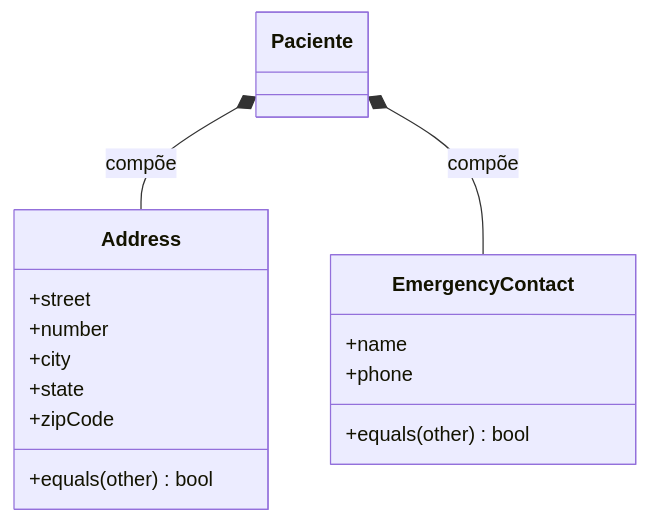
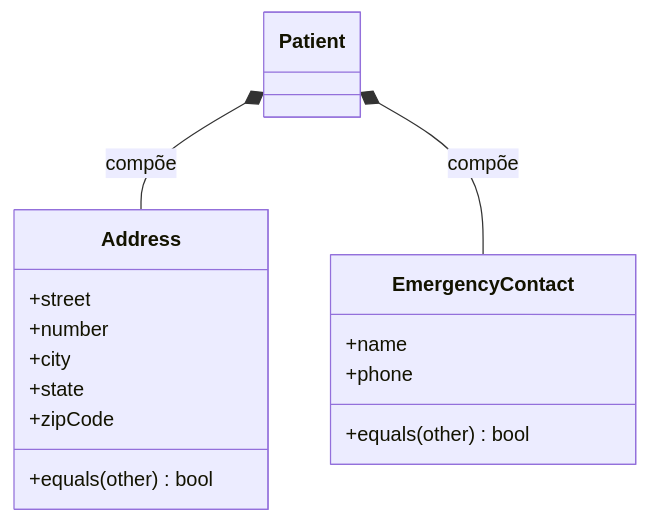
One commit to burn-c/arquitetura-de-software-fase-2 changed the second of 2 diagrams in docs/Estratégia e Inovação/Arquitetura de Software/4 - Entidades e Objetos de Valor/6 - Implementando Objetos de Valor - Parte 1.md. Above: the diagram before and after it, drawn with Mermaid. The commit also changed other lines of this file and 6 other files, not shown here.

````diff
--- a/docs/Estratégia e Inovação/Arquitetura de Software/4 - Entidades e Objetos de Valor/6 - Implementando Objetos de Valor - Parte 1.md
+++ b/docs/Estratégia e Inovação/Arquitetura de Software/4 - Entidades e Objetos de Valor/6 - Implementando Objetos de Valor - Parte 1.md
@@ -181,20 +181,20 @@
 ```mermaid
 classDiagram
     class Address {
         +street
         +number
         +city
         +state
         +zipCode
         +equals(other) bool
     }
     class EmergencyContact {
         +name
         +phone
         +equals(other) bool
     }
-    class Paciente
+    class Patient
 
-    Paciente *-- Address : compõe
-    Paciente *-- EmergencyContact : compõe
+    Patient *-- Address : compõe
+    Patient *-- EmergencyContact : compõe
 ```
````
